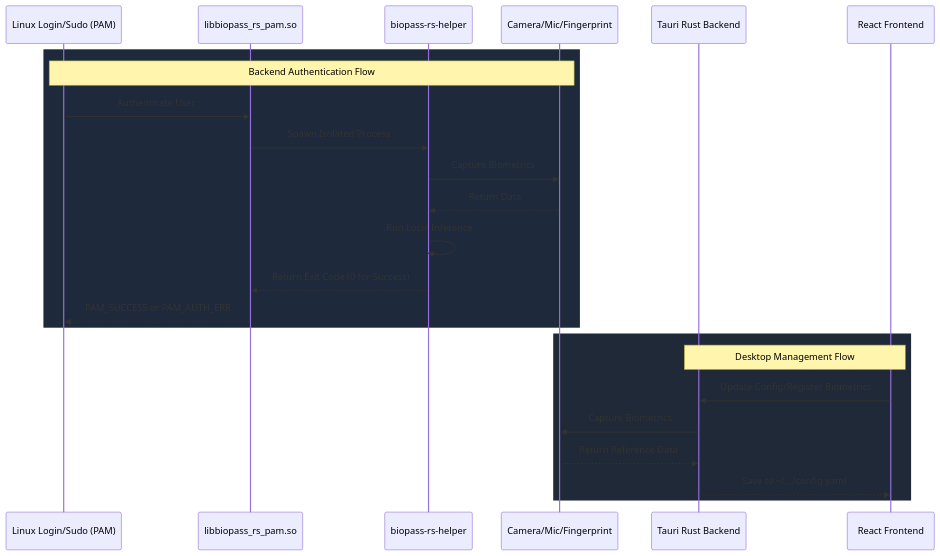
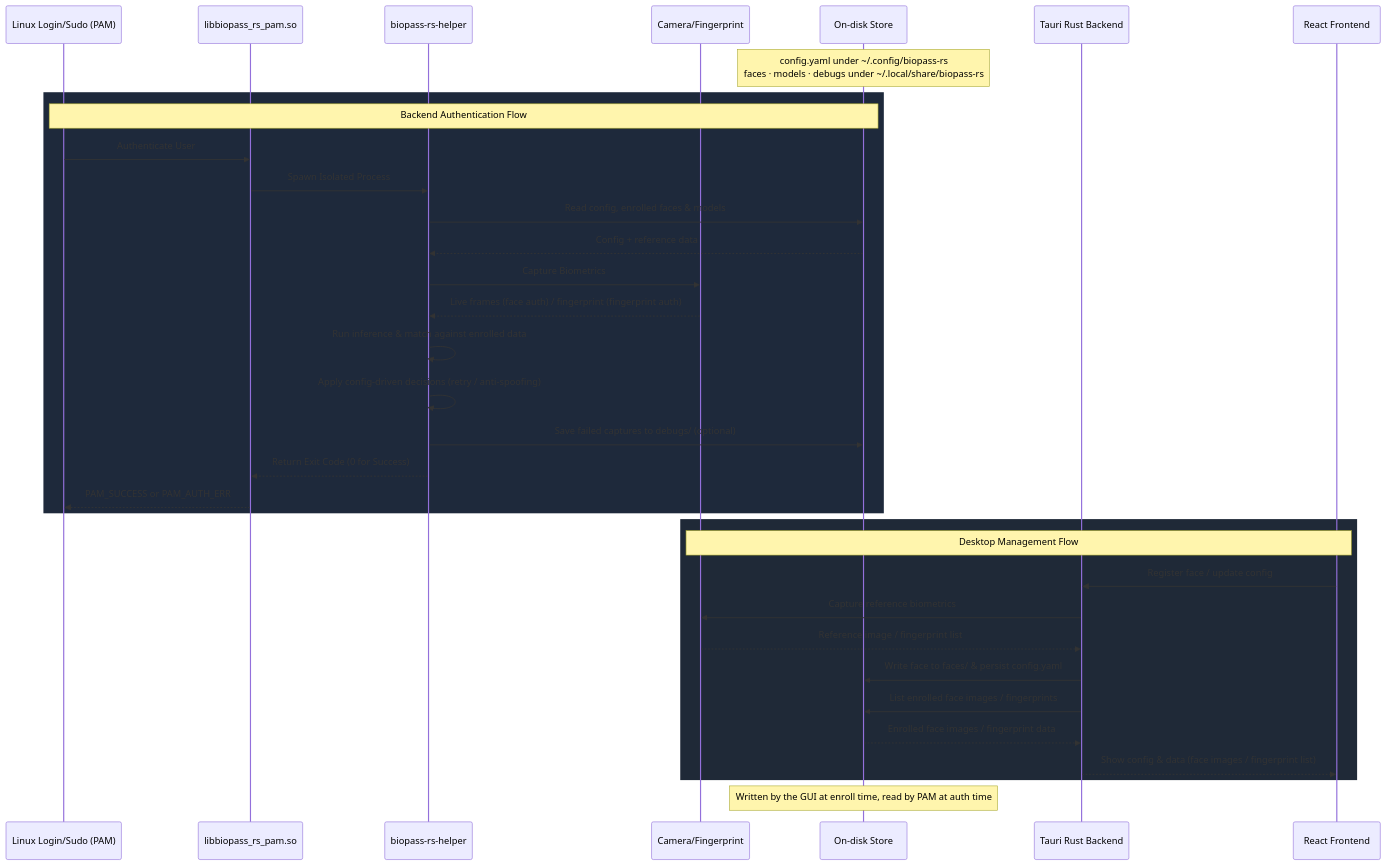
One commit to YewFence/biopass-rs changed the diagram in docs/contributing.md. Above: the diagram before and after it, drawn with Mermaid. The commit also changed other lines of this file and 3 other files, not shown here.

First line of the commit message:
docs: 更新开发文档和流程图

````diff
--- a/docs/contributing.md
+++ b/docs/contributing.md
@@ -118,28 +112,40 @@
 ```mermaid
 sequenceDiagram
     participant OS as Linux Login/Sudo (PAM)
     participant Lib as libbiopass_rs_pam.so
     participant Helper as biopass-rs-helper
-    participant Sensors as Camera/Mic/Fingerprint
+    participant Sensors as Camera/Fingerprint
+    participant Store as On-disk Store
     participant TauriBackend as Tauri Rust Backend
     participant ReactUI as React Frontend
 
+    Note over Store: config.yaml under ~/.config/biopass-rs<br/>faces · models · debugs under ~/.local/share/biopass-rs
+
     rect rgb(30, 41, 59)
-    Note over OS,Sensors: Backend Authentication Flow
+    Note over OS,Store: Backend Authentication Flow
     OS->>Lib: Authenticate User
     Lib->>Helper: Spawn Isolated Process
+    Helper->>Store: Read config, enrolled faces & models
+    Store-->>Helper: Config + reference data
     Helper->>Sensors: Capture Biometrics
-    Sensors-->>Helper: Return Data
-    Helper->>Helper: Run Local Inference
+    Sensors-->>Helper: Live frames (face auth) / fingerprint (fingerprint auth)
+    Helper->>Helper: Run inference & match against enrolled data
+    Helper->>Helper: Apply config-driven decisions (retry / anti-spoofing)
+    Helper->>Store: Save failed captures to debugs/ (optional)
     Helper-->>Lib: Return Exit Code (0 for Success)
     Lib-->>OS: PAM_SUCCESS or PAM_AUTH_ERR
     end
 
     rect rgb(31, 41, 55)
-    Note over TauriBackend,ReactUI: Desktop Management Flow
-    ReactUI->>TauriBackend: Update Config/Register Biometrics
-    TauriBackend->>Sensors: Capture Biometrics
-    Sensors-->>TauriBackend: Return Reference Data
-    TauriBackend-->>ReactUI: Save to ~/.../config.yaml
+    Note over Sensors,ReactUI: Desktop Management Flow
+    ReactUI->>TauriBackend: Register face / update config
+    TauriBackend->>Sensors: Capture reference biometrics
+    Sensors-->>TauriBackend: Reference image / fingerprint list
+    TauriBackend->>Store: Write face to faces/ & persist config.yaml
+    TauriBackend->>Store: List enrolled face images / fingerprints
+    Store-->>TauriBackend: Enrolled face images / fingerprint data
+    TauriBackend-->>ReactUI: Show config & data (face images / fingerprint list)
     end
+
+    Note over Store: Written by the GUI at enroll time, read by PAM at auth time
 ```
````
